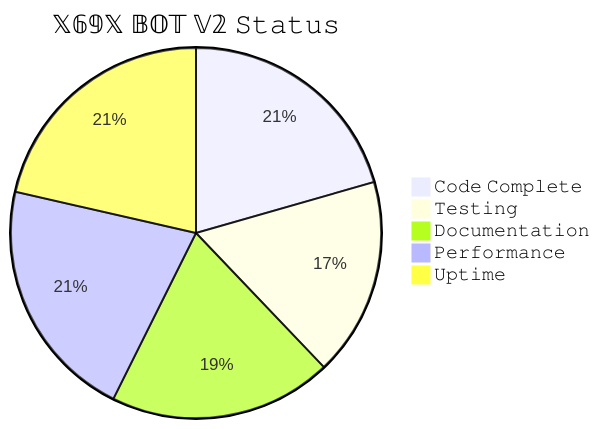
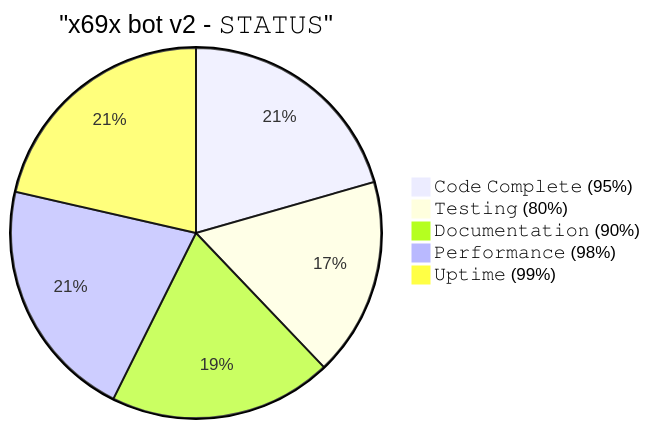
The diagram in README.md (Azadwebapi/Azadx69x-blackmarket-api), drawn with Mermaid before and after one commit. The commit also changed other lines of this file, not shown here.

````diff
--- a/README.md
+++ b/README.md
@@ -130,8 +129,9 @@
 ```mermaid
-pie title 𝕏𝟞𝟡𝕏 𝔹𝕆𝕋 𝕍𝟚 𝚂𝚝𝚊𝚝𝚞𝚜
-    "𝙲𝚘𝚍𝚎 𝙲𝚘𝚖𝚙𝚕𝚎𝚝𝚎" : 95
-    "𝚃𝚎𝚜𝚝𝚒𝚗𝚐" : 80
-    "𝙳𝚘𝚌𝚞𝚖𝚎𝚗𝚝𝚊𝚝𝚒𝚘𝚗" : 90
-    "𝙿𝚎𝚛𝚏𝚘𝚛𝚖𝚊𝚗𝚌𝚎" : 98
-    "𝚄𝚙𝚝𝚒𝚖𝚎" : 99
+  pie
+    title "x69x bot v2 - 𝚂𝚃𝙰𝚃𝚄𝚂"
+    "𝙲𝚘𝚍𝚎 𝙲𝚘𝚖𝚙𝚕𝚎𝚝𝚎 (95%)" : 95
+    "𝚃𝚎𝚜𝚝𝚒𝚗𝚐 (80%)" : 80
+    "𝙳𝚘𝚌𝚞𝚖𝚎𝚗𝚝𝚊𝚝𝚒𝚘𝚗 (90%)" : 90
+    "𝙿𝚎𝚛𝚏𝚘𝚛𝚖𝚊𝚗𝚌𝚎 (98%)" : 98
+    "𝚄𝚙𝚝𝚒𝚖𝚎 (99%)" : 99
 ```
````
